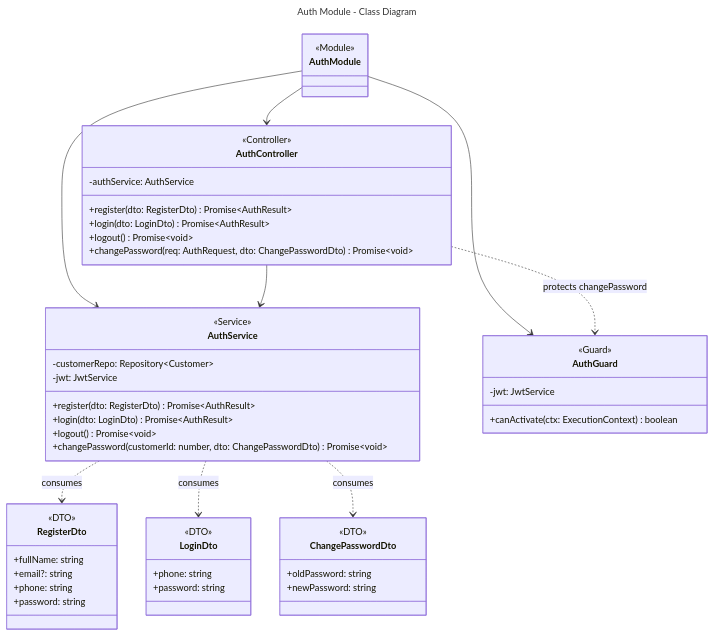
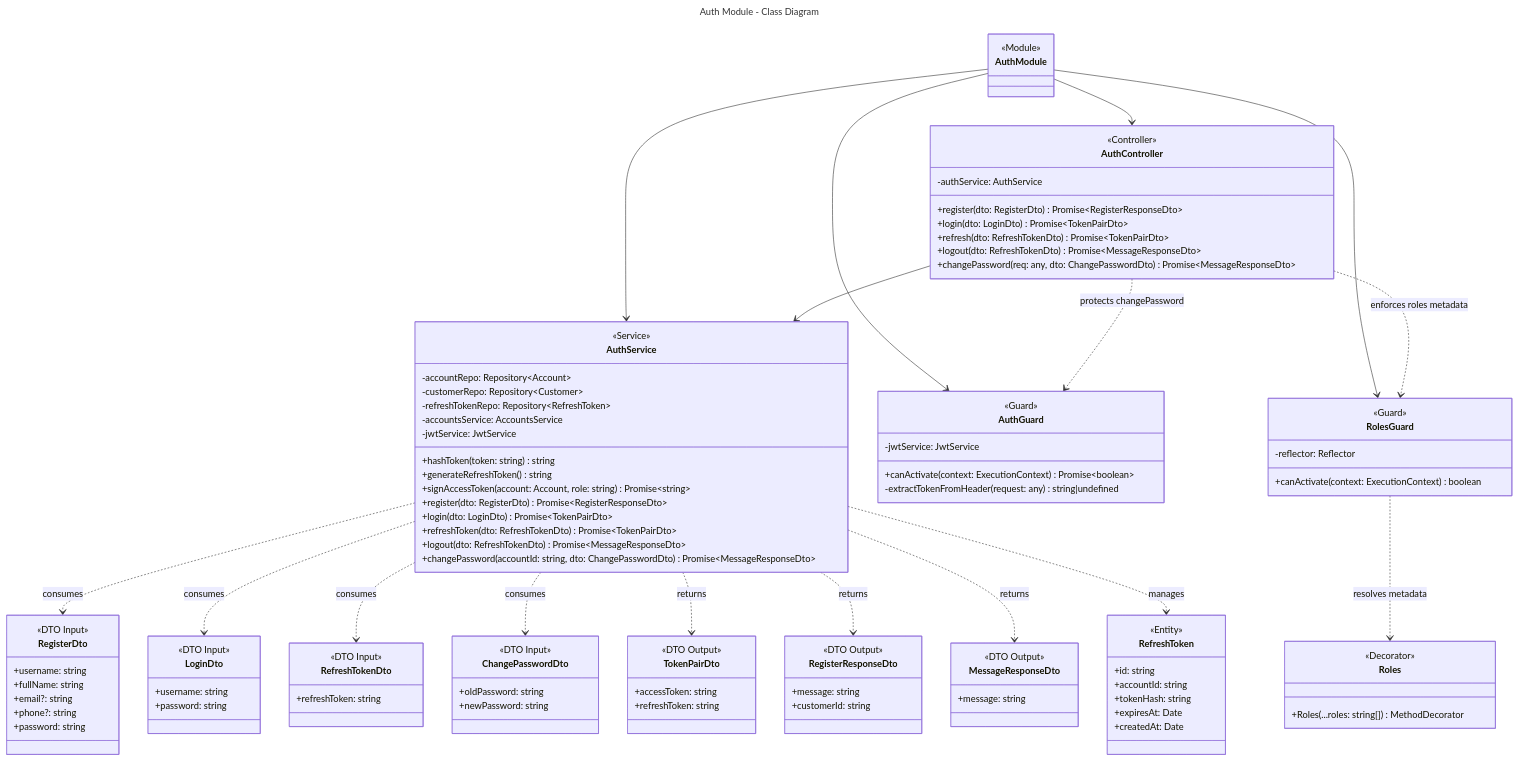
The diagram in docs/modules/auth/class.mmd (Notimemech/HotelHubManagement), drawn with Mermaid before and after one commit. The commit also changed 29 other files, not shown here.

```diff
--- a/docs/modules/auth/class.mmd
+++ b/docs/modules/auth/class.mmd
@@ -1,61 +1,121 @@
 ---
 title: Auth Module - Class Diagram
 ---
 classDiagram
     class AuthModule {
         <<Module>>
     }
 
     class AuthController {
         <<Controller>>
         -authService: AuthService
-        +register(dto: RegisterDto) Promise~AuthResult~
-        +login(dto: LoginDto) Promise~AuthResult~
-        +logout() Promise~void~
-        +changePassword(req: AuthRequest, dto: ChangePasswordDto) Promise~void~
+        +register(dto: RegisterDto) Promise~RegisterResponseDto~
+        +login(dto: LoginDto) Promise~TokenPairDto~
+        +refresh(dto: RefreshTokenDto) Promise~TokenPairDto~
+        +logout(dto: RefreshTokenDto) Promise~MessageResponseDto~
+        +changePassword(req: any, dto: ChangePasswordDto) Promise~MessageResponseDto~
     }
 
     class AuthService {
         <<Service>>
+        -accountRepo: Repository~Account~
         -customerRepo: Repository~Customer~
-        -jwt: JwtService
-        +register(dto: RegisterDto) Promise~AuthResult~
-        +login(dto: LoginDto) Promise~AuthResult~
-        +logout() Promise~void~
-        +changePassword(customerId: number, dto: ChangePasswordDto) Promise~void~
+        -refreshTokenRepo: Repository~RefreshToken~
+        -accountsService: AccountsService
+        -jwtService: JwtService
+        +hashToken(token: string) string
+        +generateRefreshToken() string
+        +signAccessToken(account: Account, role: string) Promise~string~
+        +register(dto: RegisterDto) Promise~RegisterResponseDto~
+        +login(dto: LoginDto) Promise~TokenPairDto~
+        +refreshToken(dto: RefreshTokenDto) Promise~TokenPairDto~
+        +logout(dto: RefreshTokenDto) Promise~MessageResponseDto~
+        +changePassword(accountId: string, dto: ChangePasswordDto) Promise~MessageResponseDto~
     }
 
     class AuthGuard {
         <<Guard>>
-        -jwt: JwtService
-        +canActivate(ctx: ExecutionContext) boolean
+        -jwtService: JwtService
+        +canActivate(context: ExecutionContext) Promise~boolean~
+        -extractTokenFromHeader(request: any) string|undefined
+    }
+
+    class RolesGuard {
+        <<Guard>>
+        -reflector: Reflector
+        +canActivate(context: ExecutionContext) boolean
+    }
+
+    class Roles {
+        <<Decorator>>
+        +Roles(...roles: string[]) MethodDecorator
     }
 
     class RegisterDto {
-        <<DTO>>
+        <<DTO Input>>
+        +username: string
         +fullName: string
         +email?: string
-        +phone: string
+        +phone?: string
         +password: string
     }
 
     class LoginDto {
-        <<DTO>>
-        +phone: string
+        <<DTO Input>>
+        +username: string
         +password: string
     }
 
+    class RefreshTokenDto {
+        <<DTO Input>>
+        +refreshToken: string
+    }
+
     class ChangePasswordDto {
-        <<DTO>>
+        <<DTO Input>>
         +oldPassword: string
         +newPassword: string
+    }
+
+    class TokenPairDto {
+        <<DTO Output>>
+        +accessToken: string
+        +refreshToken: string
+    }
+
+    class RegisterResponseDto {
+        <<DTO Output>>
+        +message: string
+        +customerId: string
+    }
+
+    class MessageResponseDto {
+        <<DTO Output>>
+        +message: string
+    }
+
+    class RefreshToken {
+        <<Entity>>
+        +id: string
+        +accountId: string
+        +tokenHash: string
+        +expiresAt: Date
+        +createdAt: Date
     }
 
     AuthModule --> AuthController
     AuthModule --> AuthService
     AuthModule --> AuthGuard
+    AuthModule --> RolesGuard
     AuthController --> AuthService
     AuthController ..> AuthGuard : protects changePassword
+    AuthController ..> RolesGuard : enforces roles metadata
     AuthService ..> RegisterDto : consumes
     AuthService ..> LoginDto : consumes
+    AuthService ..> RefreshTokenDto : consumes
     AuthService ..> ChangePasswordDto : consumes
+    AuthService ..> TokenPairDto : returns
+    AuthService ..> RegisterResponseDto : returns
+    AuthService ..> MessageResponseDto : returns
+    AuthService ..> RefreshToken : manages
+    RolesGuard ..> Roles : resolves metadata
```
